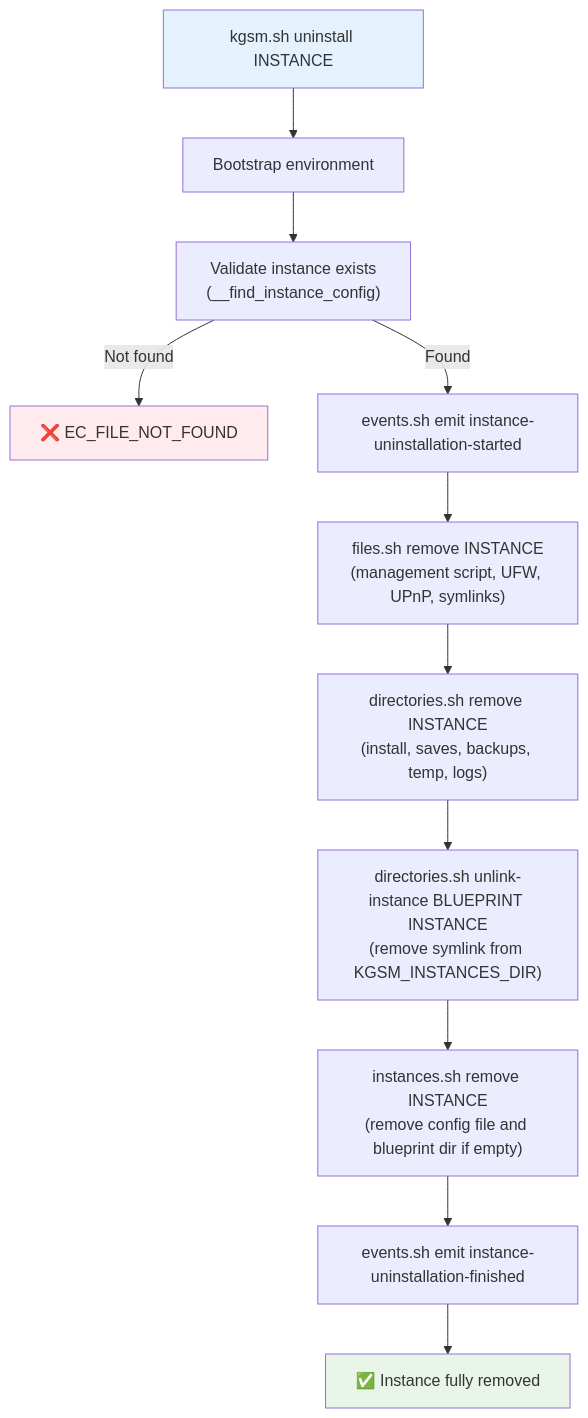
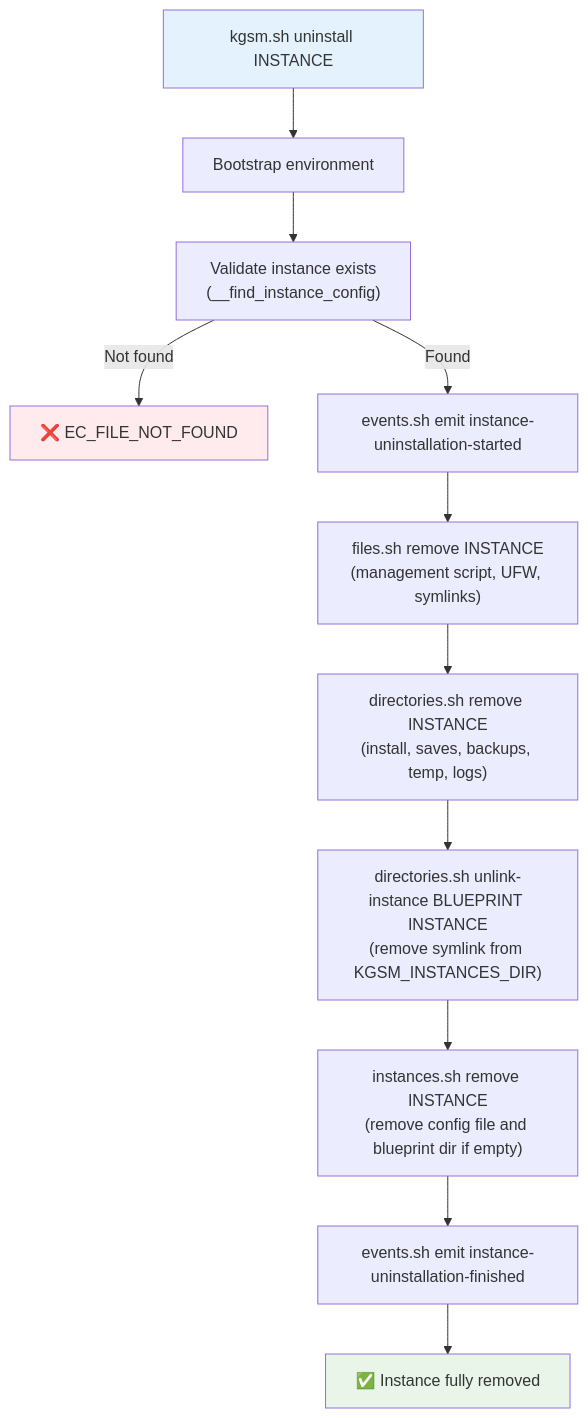
Before and after one commit to TheKrystalShip/kgsm: the fifth of 9 diagrams in docs/execution_flows.md, drawn with Mermaid. The commit also changed other lines of this file and 39 other files, not shown here.

````diff
--- a/docs/execution_flows.md
+++ b/docs/execution_flows.md
@@ -275,18 +275,18 @@
 ```mermaid
 graph TD
     A["kgsm.sh uninstall INSTANCE"] --> AA["Bootstrap environment"]
     AA --> B["Validate instance exists<br/>(__find_instance_config)"]
     B -->|"Not found"| Z1["❌ EC_FILE_NOT_FOUND"]
     B -->|"Found"| C["events.sh emit instance-uninstallation-started"]
 
-    C --> D["files.sh remove INSTANCE<br/>(management script, UFW, UPnP, symlinks)"]
+    C -->     D["files.sh remove INSTANCE<br/>(management script, UFW, symlinks)"]
     D --> E["directories.sh remove INSTANCE<br/>(install, saves, backups, temp, logs)"]
     E --> F["directories.sh unlink-instance BLUEPRINT INSTANCE<br/>(remove symlink from KGSM_INSTANCES_DIR)"]
     F --> G["instances.sh remove INSTANCE<br/>(remove config file and blueprint dir if empty)"]
     G --> H["events.sh emit instance-uninstallation-finished"]
     H --> I["✅ Instance fully removed"]
 
     style A fill:#e3f2fd
     style I fill:#e8f5e8
     style Z1 fill:#ffebee
 ```
````
